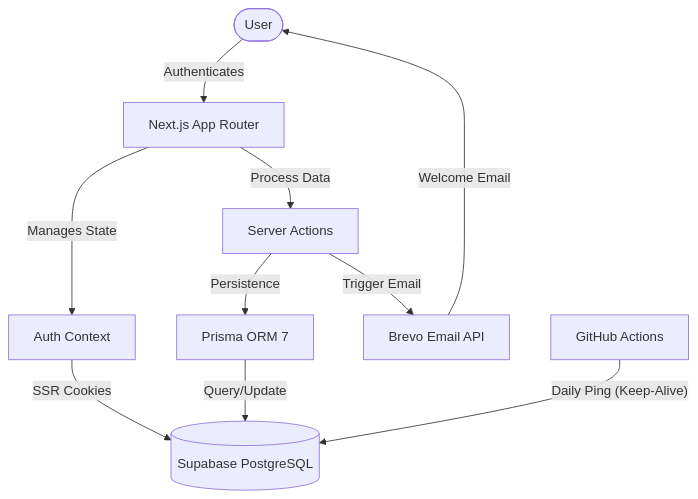
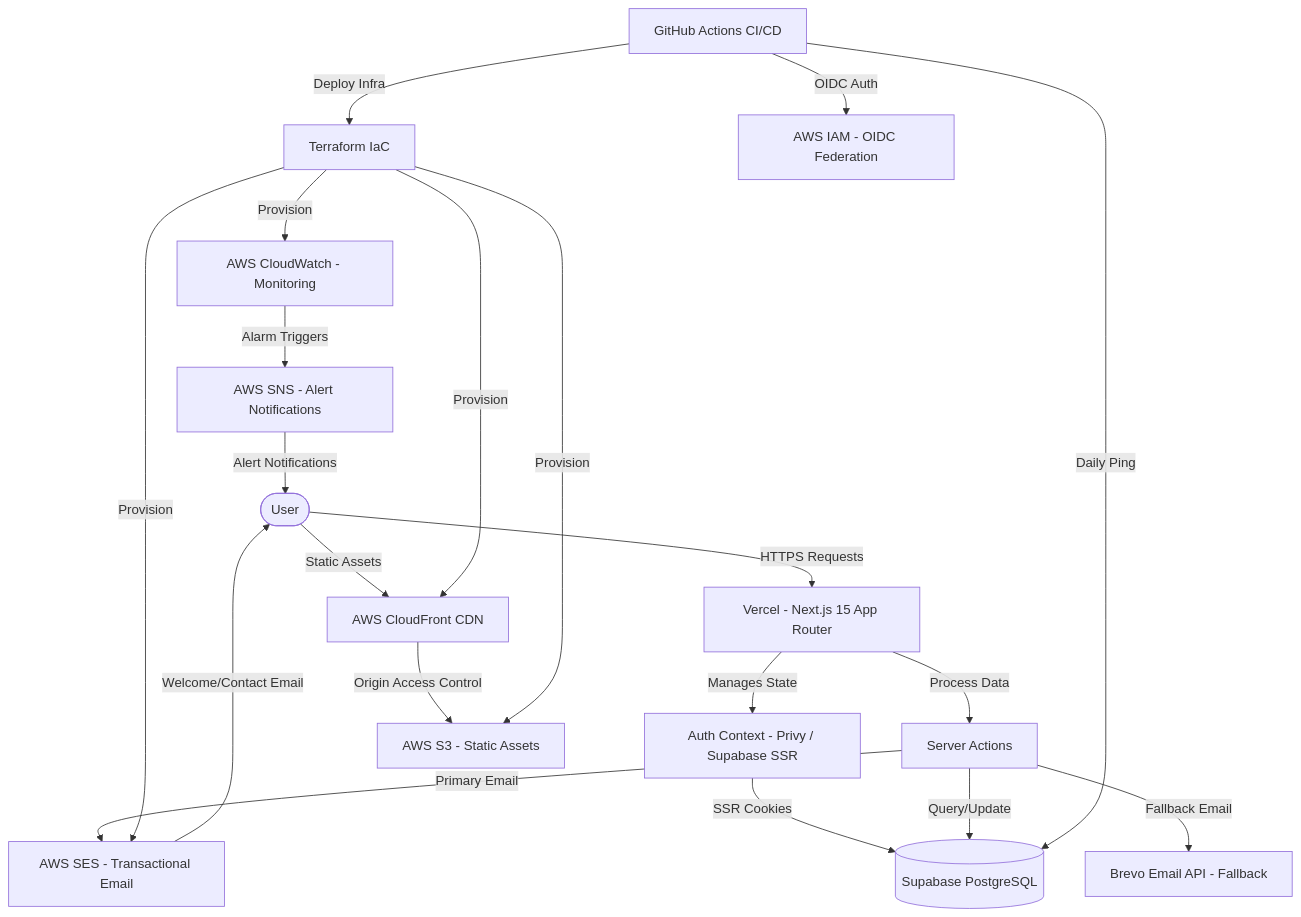
One commit to CallejaJ/memento-academy changed the diagram in README.md. Above: the diagram before and after it, drawn with Mermaid. The commit also changed other lines of this file and 1 other file, not shown here.

First line of the commit message:
docs: update README with AWS/Terraform architecture, remove emojis and Prisma references

````diff
--- a/README.md
+++ b/README.md
@@ -167,21 +171,37 @@
 ```mermaid
 graph TD
     User([User])
-    NextJS[Next.js App Router]
-    AuthContext[Auth Context]
+    Vercel[Vercel - Next.js 15 App Router]
+    AuthContext[Auth Context - Privy / Supabase SSR]
     ServerAction[Server Actions]
-    Prisma[Prisma ORM 7]
     Supabase[(Supabase PostgreSQL)]
-    Brevo[Brevo Email API]
-    GHA[GitHub Actions]
+    CloudFront[AWS CloudFront CDN]
+    S3[AWS S3 - Static Assets]
+    SES[AWS SES - Transactional Email]
+    Brevo[Brevo Email API - Fallback]
+    CloudWatch[AWS CloudWatch - Monitoring]
+    SNS[AWS SNS - Alert Notifications]
+    GHA[GitHub Actions CI/CD]
+    Terraform[Terraform IaC]
+    IAM[AWS IAM - OIDC Federation]
 
-    User -- "Authenticates" --> NextJS
-    NextJS -- "Manages State" --> AuthContext
+    User -- "HTTPS Requests" --> Vercel
+    User -- "Static Assets" --> CloudFront
+    CloudFront -- "Origin Access Control" --> S3
+    Vercel -- "Manages State" --> AuthContext
     AuthContext -- "SSR Cookies" --> Supabase
-    NextJS -- "Process Data" --> ServerAction
-    ServerAction -- "Persistence" --> Prisma
-    Prisma -- "Query/Update" --> Supabase
-    ServerAction -- "Trigger Email" --> Brevo
-    Brevo -- "Welcome Email" --> User
-    GHA -- "Daily Ping (Keep-Alive)" --> Supabase
+    Vercel -- "Process Data" --> ServerAction
+    ServerAction -- "Query/Update" --> Supabase
+    ServerAction -- "Primary Email" --> SES
+    ServerAction -- "Fallback Email" --> Brevo
+    SES -- "Welcome/Contact Email" --> User
+    CloudWatch -- "Alarm Triggers" --> SNS
+    SNS -- "Alert Notifications" --> User
+    GHA -- "OIDC Auth" --> IAM
+    GHA -- "Deploy Infra" --> Terraform
+    Terraform -- "Provision" --> S3
+    Terraform -- "Provision" --> CloudFront
+    Terraform -- "Provision" --> SES
+    Terraform -- "Provision" --> CloudWatch
+    GHA -- "Daily Ping" --> Supabase
 ```
````
